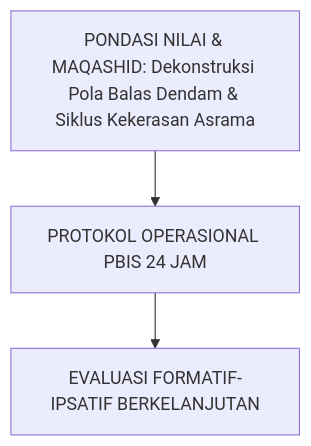
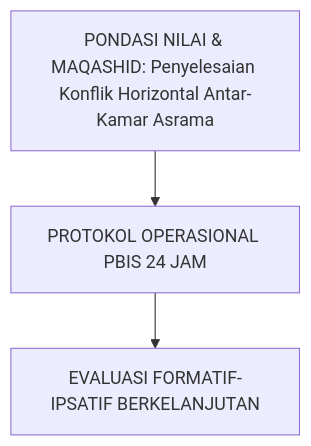
Before and after one commit to wandiapriliyandi/tumbuh: diagram 30 of 35 in BOOK-SERIES/Volume-04/Buku-Volume-04-Pedoman-Intervensi-Berjenjang-PBIS-dan-Praktik-Restoratif-di-Asrama.md, drawn with Mermaid. The commit also changed other lines of this file and 196 other files, not shown here.

````diff
--- a/BOOK-SERIES/Volume-04/Buku-Volume-04-Pedoman-Intervensi-Berjenjang-PBIS-dan-Praktik-Restoratif-di-Asrama.md
+++ b/BOOK-SERIES/Volume-04/Buku-Volume-04-Pedoman-Intervensi-Berjenjang-PBIS-dan-Praktik-Restoratif-di-Asrama.md
@@ -761,5 +974,5 @@
 ```mermaid
 graph TD
-    Tujuan["PONDASI NILAI & MAQASHID: Dekonstruksi Pola Balas Dendam & Siklus Kekerasan Asrama"] --> Operasional["PROTOKOL OPERASIONAL PBIS 24 JAM"]
+    Tujuan["PONDASI NILAI & MAQASHID: Penyelesaian Konflik Horizontal Antar-Kamar Asrama"] --> Operasional["PROTOKOL OPERASIONAL PBIS 24 JAM"]
     Operasional --> Evaluasi["EVALUASI FORMATIF-IPSATIF BERKELANJUTAN"]
 ```
````
